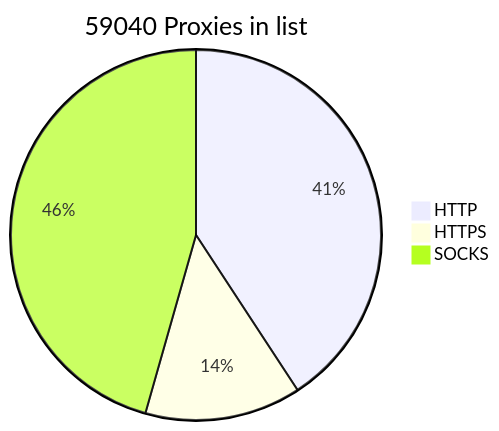
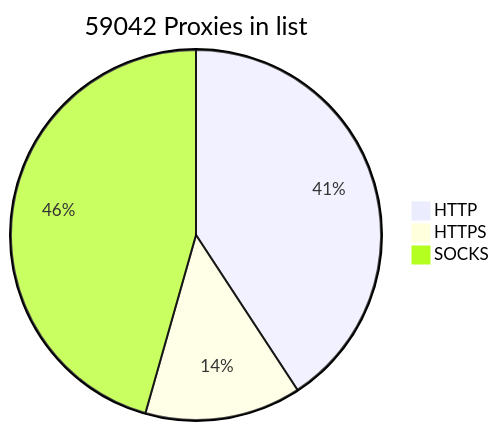
Before and after one commit to BlackSnowDot/proxylist-update-every-minute: the diagram in README.md, drawn with Mermaid.

````diff
--- a/README.md
+++ b/README.md
@@ -2,6 +2,6 @@
 ```mermaid
-pie title 59040 Proxies in list
+pie title 59042 Proxies in list
     "HTTP" : 27124
     "HTTPS": 9072
-    "SOCKS" : 30332
+    "SOCKS" : 30334
 ```
````
